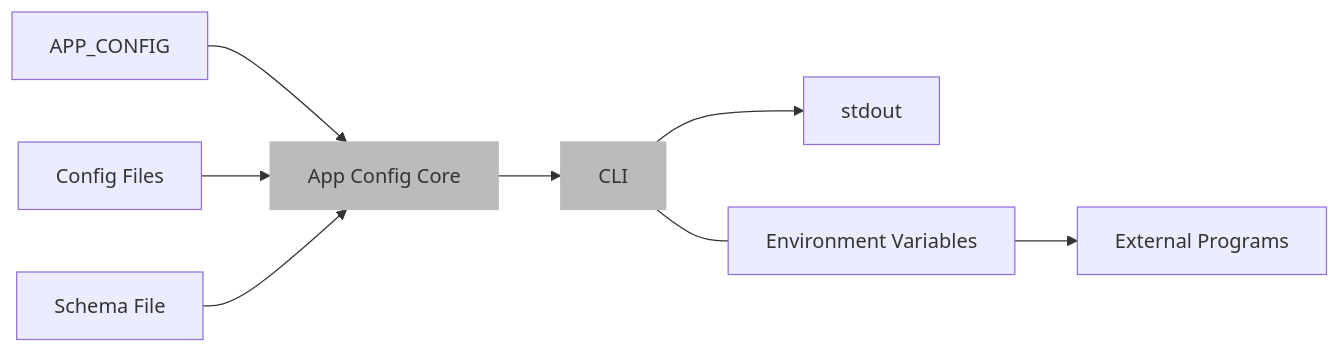
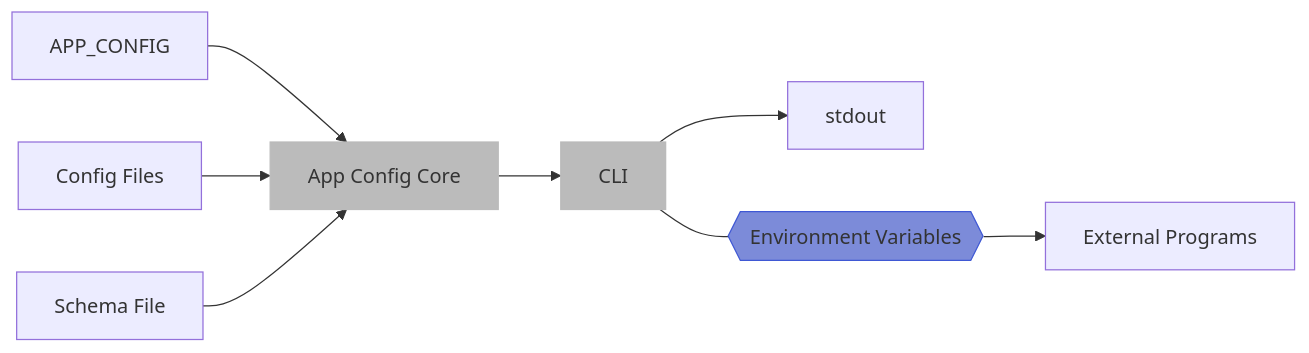
The diagram in docs/guide/intro/cli.md (launchcodedev/app-config), drawn with Mermaid before and after one commit.

Commit message:
docs: envs style

````diff
--- a/docs/guide/intro/cli.md
+++ b/docs/guide/intro/cli.md
@@ -14,21 +14,22 @@
 ```mermaid
 graph LR
     files[Config Files]
     env[APP_CONFIG]
     schema[Schema File]
     core[App Config Core]
     cli[CLI]
     stdout[stdout]
-    envs[Environment Variables]
+    envs{{Environment Variables}}
     ext[External Programs]
 
     env --> core
     files --> core
     schema --> core
     core --> cli
     cli --> stdout
     cli --- envs --> ext
 
     style cli fill:#BBB,stroke:#BBB
     style core fill:#BBB,stroke:#BBB
+    style envs fill:#7c8bd9,stroke:#3f58d4
 ```
````
